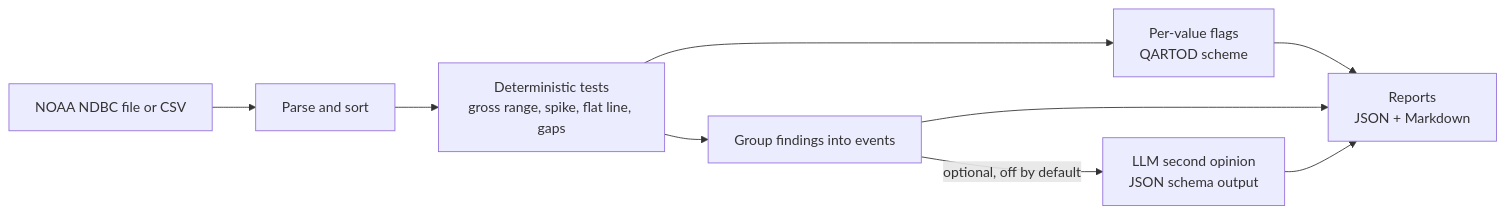
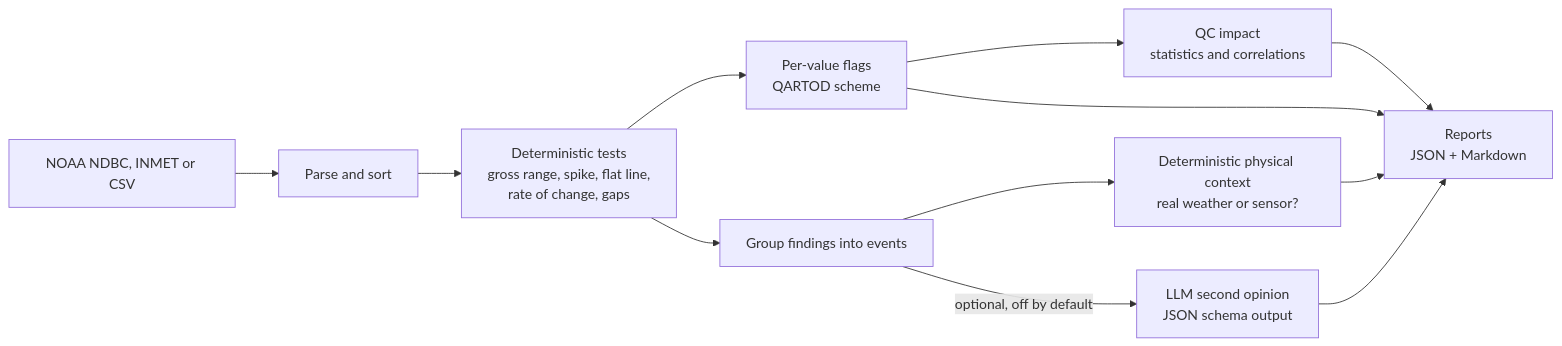
Before and after one commit to hnryguchi/metocean-qc: the diagram in README.en.md, drawn with Mermaid. The commit also changed other lines of this file and 13 other files, not shown here.

First line of the commit message:
feat: INMET stations, deterministic physical context, QC impact report and rate-of-change test

````diff
--- a/README.en.md
+++ b/README.en.md
@@ -36,11 +54,14 @@
 ```mermaid
 flowchart LR
-    A[NOAA NDBC file or CSV] --> B[Parse and sort]
-    B --> C[Deterministic tests<br/>gross range, spike, flat line, gaps]
+    A[NOAA NDBC, INMET or CSV] --> B[Parse and sort]
+    B --> C[Deterministic tests<br/>gross range, spike, flat line,<br/>rate of change, gaps]
     C --> D[Per-value flags<br/>QARTOD scheme]
     C --> E[Group findings into events]
+    E --> H[Deterministic physical context<br/>real weather or sensor?]
+    D --> I[QC impact<br/>statistics and correlations]
     E -->|optional, off by default| F[LLM second opinion<br/>JSON schema output]
     D --> G[Reports<br/>JSON + Markdown]
-    E --> G
+    H --> G
+    I --> G
     F --> G
 ```
````
